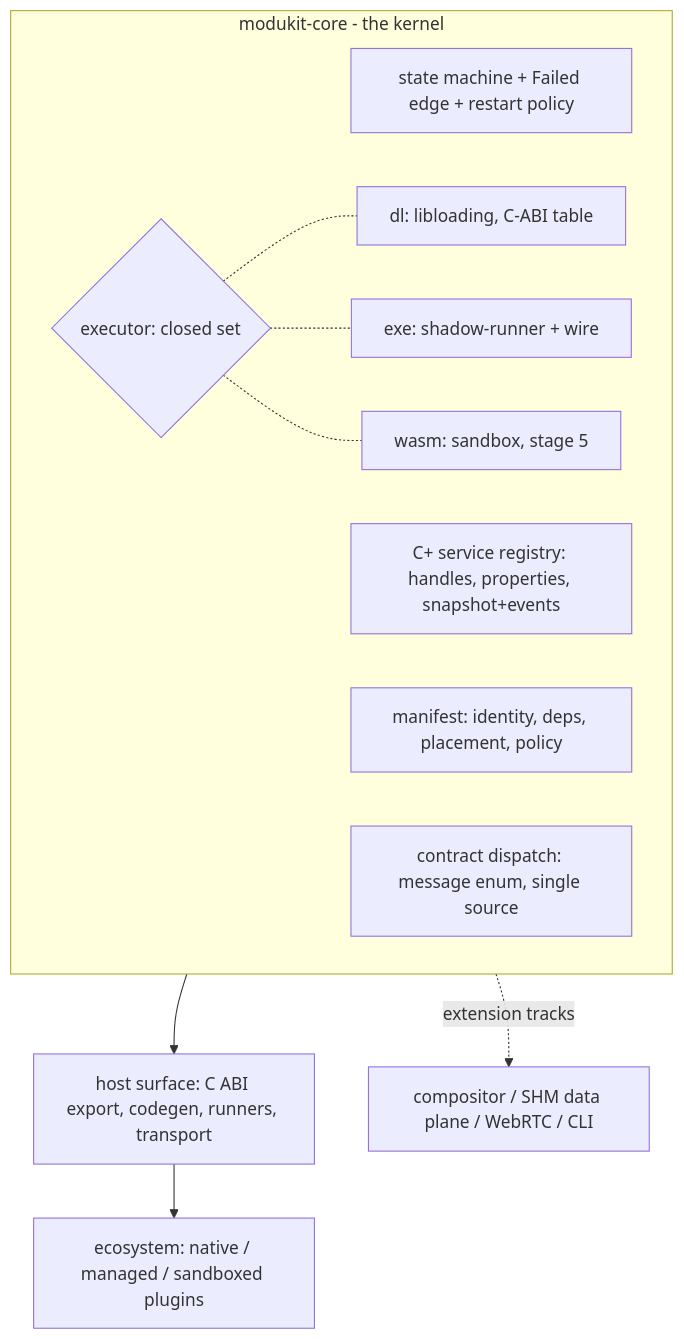
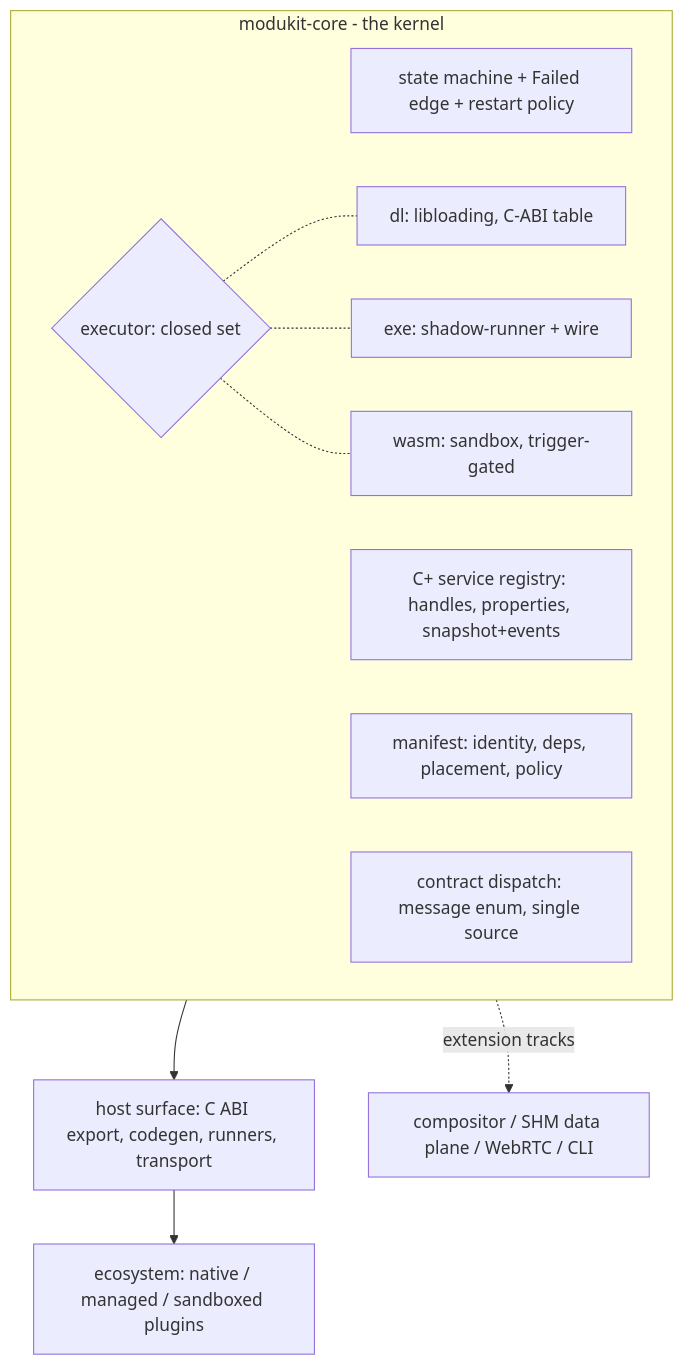
Before and after one commit to chengxuewen/ModuKit: the diagram in docs/architecture.md, drawn with Mermaid. The commit also changed other lines of this file and 7 other files, not shown here.

````diff
--- a/docs/architecture.md
+++ b/docs/architecture.md
@@ -51,16 +51,16 @@
 ```mermaid
 flowchart TD
     subgraph CORE [modukit-core - the kernel]
         SM[state machine + Failed edge + restart policy]
         REG[C+ service registry: handles, properties, snapshot+events]
         MAN[manifest: identity, deps, placement, policy]
         CON[contract dispatch: message enum, single source]
         EXE{executor: closed set}
         EXE -.- E1[dl: libloading, C-ABI table]
         EXE -.- E2[exe: shadow-runner + wire]
-        EXE -.- E3[wasm: sandbox, stage 5]
+        EXE -.- E3[wasm: sandbox, trigger-gated]
     end
     CORE --> HOST[host surface: C ABI export, codegen, runners, transport]
     HOST --> ECO[ecosystem: native / managed / sandboxed plugins]
     CORE -.extension tracks.-> EXT[compositor / SHM data plane / WebRTC / CLI]
 ```
````
